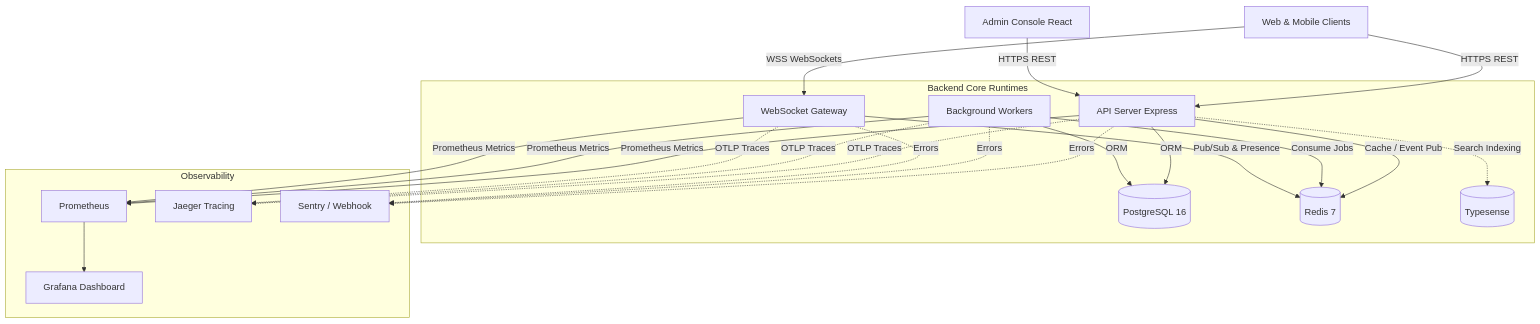
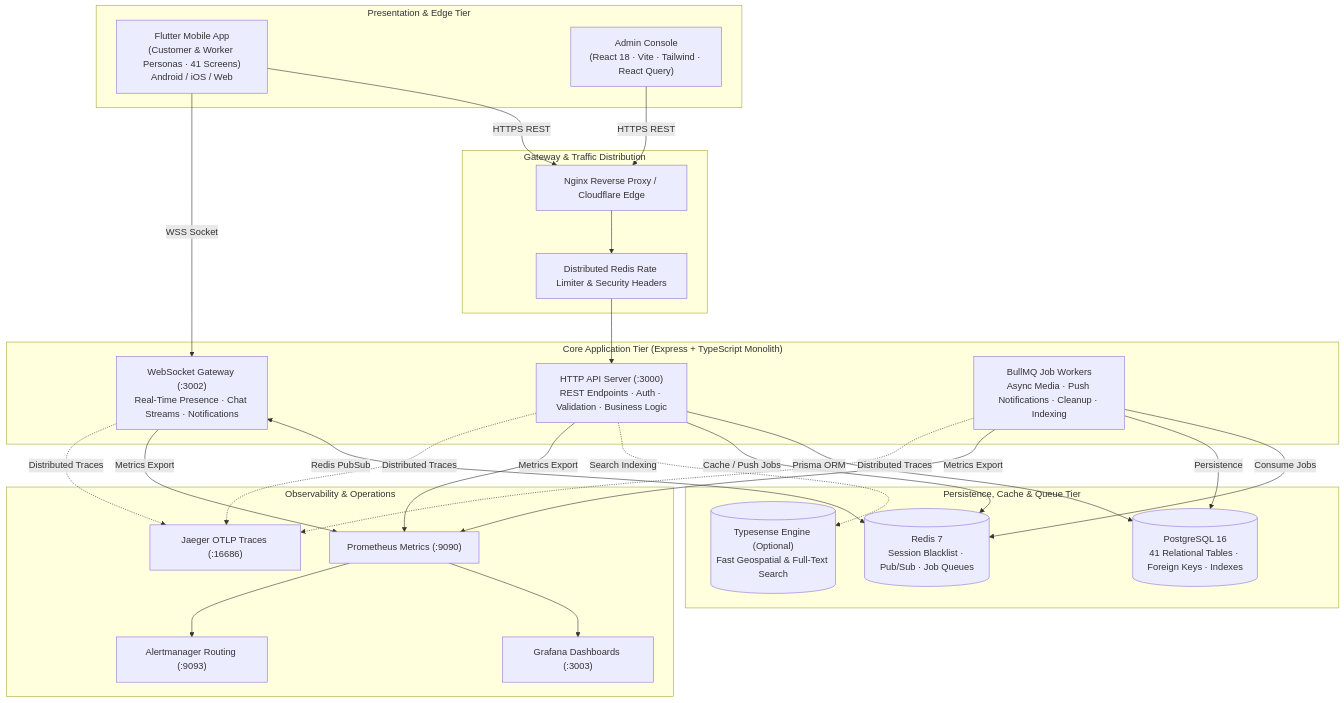
Before and after one commit to mrgranthox/VSP: the diagram in README.md, drawn with Mermaid. The commit also changed other lines of this file and 1 other file, not shown here.

First line of the commit message:
docs: modernize and elevate root and mobile READMEs to enterprise standard

````diff
--- a/README.md
+++ b/README.md
@@ -94,22 +38,50 @@
 ```mermaid
-graph TD
-    Client[Web & Mobile Clients] -->|HTTPS REST| API[API Server Express]
-    Client -->|WSS WebSockets| Gateway[WebSocket Gateway]
-    Admin[Admin Console React] -->|HTTPS REST| API
-
-    subgraph Backend Core Runtimes
-        API -->|ORM| Postgres[(PostgreSQL 16)]
-        API -->|Cache / Event Pub| Redis[(Redis 7)]
-        Workers[Background Workers] -->|Consume Jobs| Redis
-        Workers -->|ORM| Postgres
-        Gateway -->|Pub/Sub & Presence| Redis
-        API -.->|Search Indexing| Typesense[(Typesense)]
+flowchart TD
+    subgraph Clients["Presentation & Edge Tier"]
+        Mobile["Flutter Mobile App<br/>(Customer & Worker Personas · 41 Screens)<br/>Android / iOS / Web"]
+        AdminDesk["Admin Console<br/>(React 18 · Vite · Tailwind · React Query)"]
     end
 
-    subgraph Observability
-        API & Workers & Gateway -->|Prometheus Metrics| Prom[Prometheus]
-        Prom --> Grafana[Grafana Dashboard]
-        API & Workers & Gateway -.->|OTLP Traces| Jaeger[Jaeger Tracing]
-        API & Workers & Gateway -.->|Errors| Sentry[Sentry / Webhook]
+    subgraph Edge["Gateway & Traffic Distribution"]
+        Proxy["Nginx Reverse Proxy / Cloudflare Edge"]
+        RateLimit["Distributed Redis Rate Limiter & Security Headers"]
     end
+
+    subgraph BackendRuntimes["Core Application Tier (Express + TypeScript Monolith)"]
+        API["HTTP API Server (:3000)<br/>REST Endpoints · Auth · Validation · Business Logic"]
+        Gateway["WebSocket Gateway (:3002)<br/>Real-Time Presence · Chat Streams · Notifications"]
+        Workers["BullMQ Job Workers<br/>Async Media · Push Notifications · Cleanup · Indexing"]
+    end
+
+    subgraph Persistence["Persistence, Cache & Queue Tier"]
+        PG[("PostgreSQL 16<br/>41 Relational Tables · Foreign Keys · Indexes")]
+        RedisStore[("Redis 7<br/>Session Blacklist · Pub/Sub · Job Queues")]
+        SearchEngine[("Typesense Engine (Optional)<br/>Fast Geospatial & Full-Text Search")]
+    end
+
+    subgraph Telemetry["Observability & Operations"]
+        Prometheus["Prometheus Metrics (:9090)"]
+        Grafana["Grafana Dashboards (:3003)"]
+        Jaeger["Jaeger OTLP Traces (:16686)"]
+        Alerts["Alertmanager Routing (:9093)"]
+    end
+
+    Mobile -->|HTTPS REST| Proxy
+    Mobile -->|WSS Socket| Gateway
+    AdminDesk -->|HTTPS REST| Proxy
+
+    Proxy --> RateLimit --> API
+    Gateway <-->|Redis PubSub| RedisStore
+
+    API -->|Prisma ORM| PG
+    API -->|Cache / Push Jobs| RedisStore
+    API -.->|Search Indexing| SearchEngine
+
+    Workers -->|Consume Jobs| RedisStore
+    Workers -->|Persistence| PG
+
+    API & Gateway & Workers -->|Metrics Export| Prometheus
+    Prometheus --> Grafana
+    API & Gateway & Workers -.->|Distributed Traces| Jaeger
+    Prometheus --> Alerts
 ```
````
